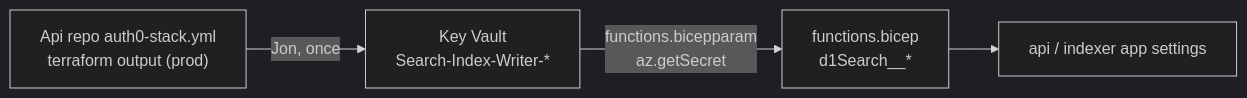
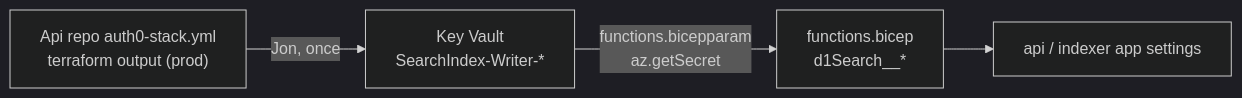
Before and after one commit to cultpodcasts/RedditPodcastPoster: the diagram in docs/search-platform/sync-and-replication.md, drawn with Mermaid (dark theme). The commit also changed other lines of this file and 2 other files, not shown here.

Commit message:
SP-2.5 #1460: Key Vault names SearchIndex-Writer-ClientId / -ClientSecret (as Jon created them)

````diff
--- a/docs/search-platform/sync-and-replication.md
+++ b/docs/search-platform/sync-and-replication.md
@@ -41,6 +41,6 @@
 ```mermaid
 flowchart LR
-  TF["Api repo auth0-stack.yml<br/>terraform output (prod)"] -->|"Jon, once"| KV["Key Vault<br/>Search-Index-Writer-*"]
+  TF["Api repo auth0-stack.yml<br/>terraform output (prod)"] -->|"Jon, once"| KV["Key Vault<br/>SearchIndex-Writer-*"]
   KV -->|"functions.bicepparam<br/>az.getSecret"| BICEP["functions.bicep<br/>d1Search__*"]
   BICEP --> FN["api / indexer app settings"]
 ```
````
